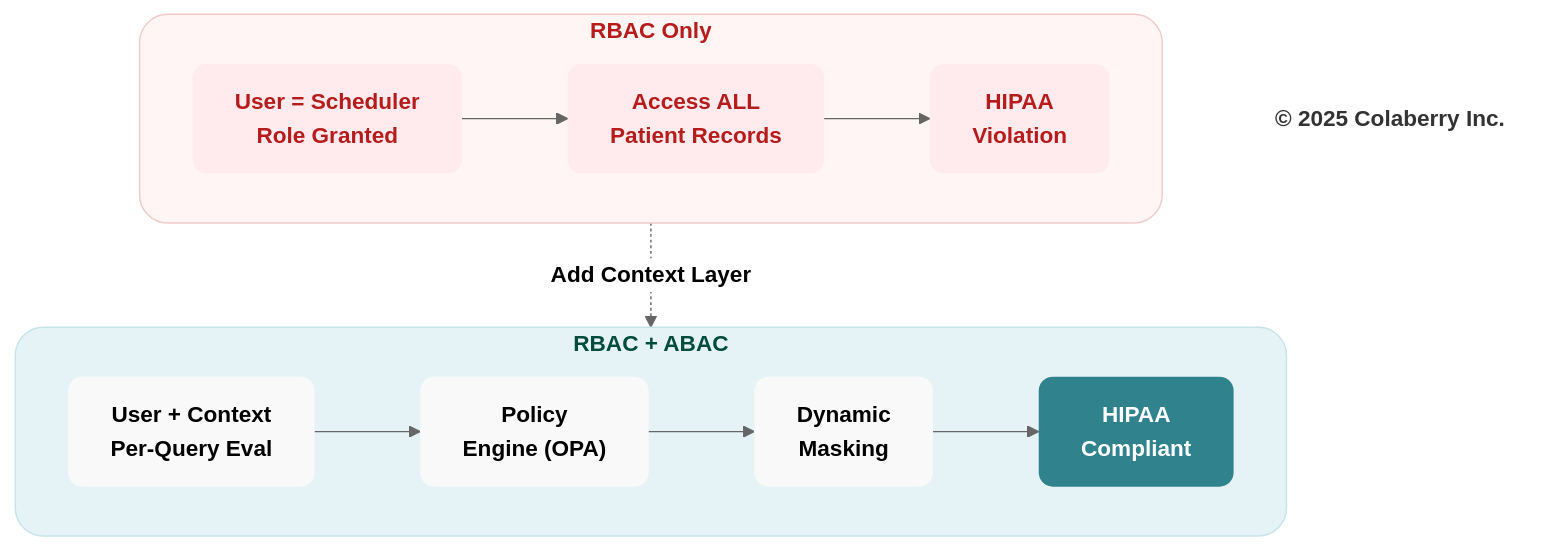
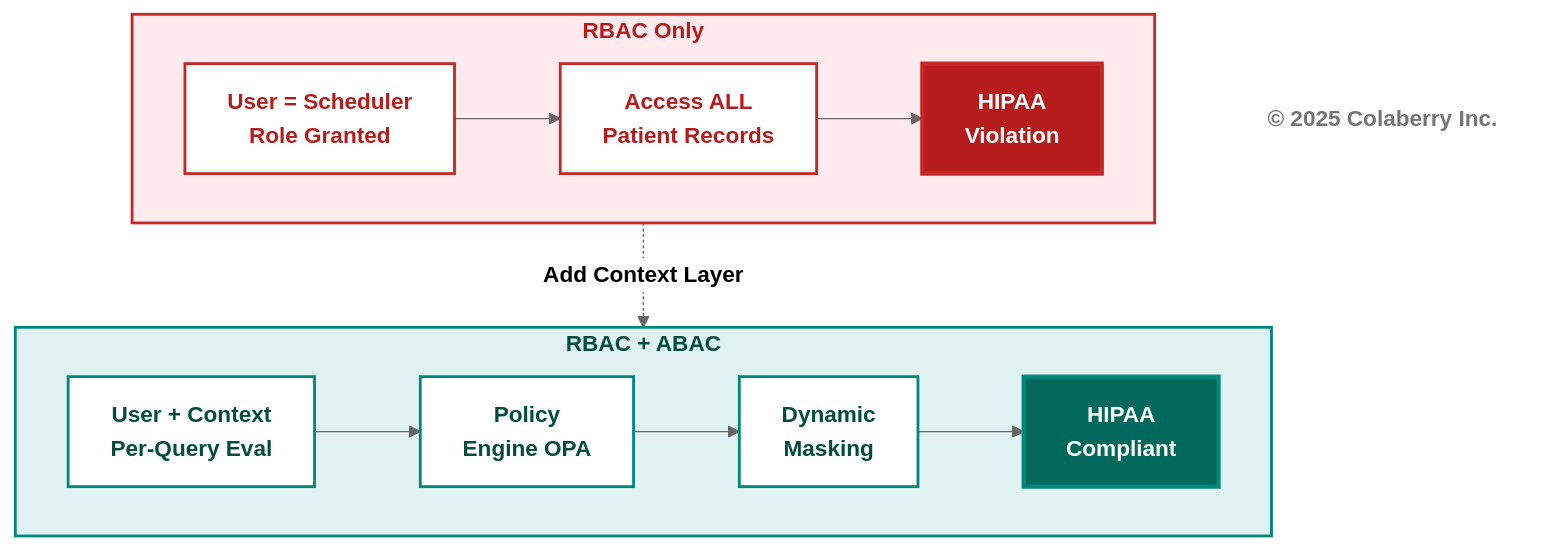
The ninth of 12 diagrams in manuscript/03_chapter_2_inpact_framework.md (saitejesh-cyber/trust-before-intelligence-book), drawn with Mermaid (neutral theme) before and after one commit. The commit also changed other lines of this file and 12 other files, not shown here.

Commit message:
Restore legacy Mermaid styles for Option 1

````diff
--- a/manuscript/03_chapter_2_inpact_framework.md
+++ b/manuscript/03_chapter_2_inpact_framework.md
@@ -668,38 +635,33 @@
 ```mermaid
 graph TB
     subgraph ERA1["<b>RBAC Only</b>"]
         direction LR
         A1["<b>User = Scheduler<br/>Role Granted</b>"] --> B1["<b>Access ALL<br/>Patient Records</b>"]
         B1 --> D1["<b>HIPAA<br/>Violation</b>"]
         
-        %% 🔴 CRITICAL COMPLIANCE FAILURE
-        style D1 fill:#ffebee,stroke:none,color:#b71c1c,rx:10,ry:10
+        style D1 fill:#b71c1c,color:#ffffff,stroke:#c62828,stroke-width:3px
     end
     
-    %% 🔵 TRANSITION — CONTEXT ADDED
     ERA1 -.->|<b>Add Context Layer</b>| ERA2
     
     subgraph ERA2["<b>RBAC + ABAC</b>"]
         direction LR
-        A2["<b>User + Context<br/>Per-Query Eval</b>"] --> B2["<b>Policy<br/>Engine (OPA)</b>"]
+        A2["<b>User + Context<br/>Per-Query Eval</b>"] --> B2["<b>Policy<br/>Engine OPA</b>"]
         B2 --> C2["<b>Dynamic<br/>Masking</b>"]
         C2 --> D2["<b>HIPAA<br/>Compliant</b>"]
+        
+        style D2 fill:#00695c,color:#ffffff,stroke:#00897b,stroke-width:3px
     end
-
-    %% 🔴 FAILURE / COMPLIANCE RISK
-    style ERA1 fill:#fff5f5,stroke:#f2caca,stroke-width:1px,color:#b71c1c,rx:20,ry:20
-    style A1 fill:#ffebee,stroke:none,color:#b71c1c,rx:10,ry:10
-    style B1 fill:#ffebee,stroke:none,color:#b71c1c,rx:10,ry:10
-    style D1 fill:#ffebee,stroke:none,color:#b71c1c,rx:10,ry:10
-
-    %% 🟢 TRUSTED / COMPLIANT OUTCOME
-    style ERA2 fill:#e6f3f6,stroke:#c7e3ea,stroke-width:1px,color:#004d40,rx:20,ry:20
-    style A2 fill:#f9f9f9,stroke:none,color:#000000,rx:10,ry:10
-    style B2 fill:#f9f9f9,stroke:none,color:#000000,rx:10,ry:10
-    style C2 fill:#f9f9f9,stroke:none,color:#000000,rx:10,ry:10
-    style D2 fill:#30838C,stroke:none,color:#ffffff,rx:10,ry:10
-
-    %% FOOTER
+    
+    style ERA1 fill:#ffebee,stroke:#c62828,stroke-width:2px,color:#b71c1c
+    style A1 fill:#ffffff,stroke:#c62828,stroke-width:2px,color:#b71c1c
+    style B1 fill:#ffffff,stroke:#c62828,stroke-width:2px,color:#b71c1c
+    
+    style ERA2 fill:#e0f2f1,stroke:#00897b,stroke-width:2px,color:#004d40
+    style A2 fill:#ffffff,stroke:#00897b,stroke-width:2px,color:#004d40
+    style B2 fill:#ffffff,stroke:#00897b,stroke-width:2px,color:#004d40
+    style C2 fill:#ffffff,stroke:#00897b,stroke-width:2px,color:#004d40
+    
     Copyright["<b>© 2025 Colaberry Inc.</b>"]
-    style Copyright fill:none,stroke:none,color:#333333
+    style Copyright fill:#ffffff,stroke:none,color:#757575
 ```
````
